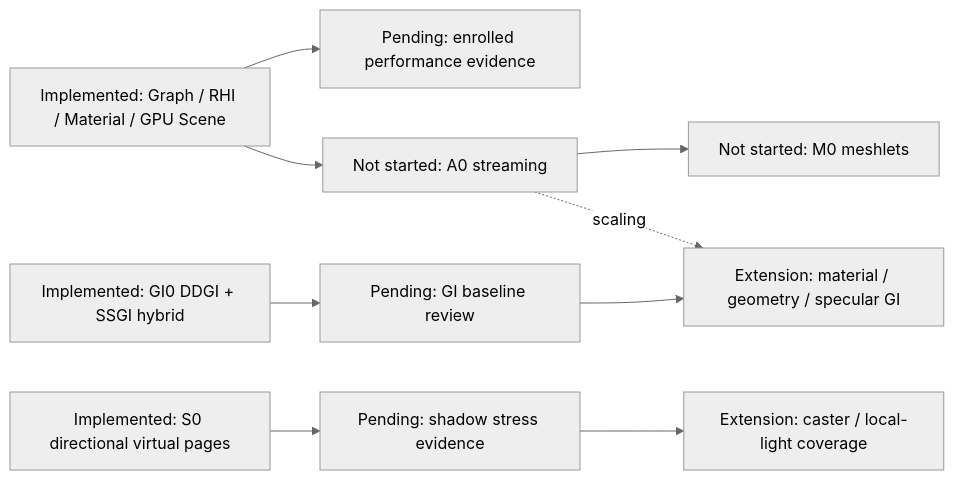
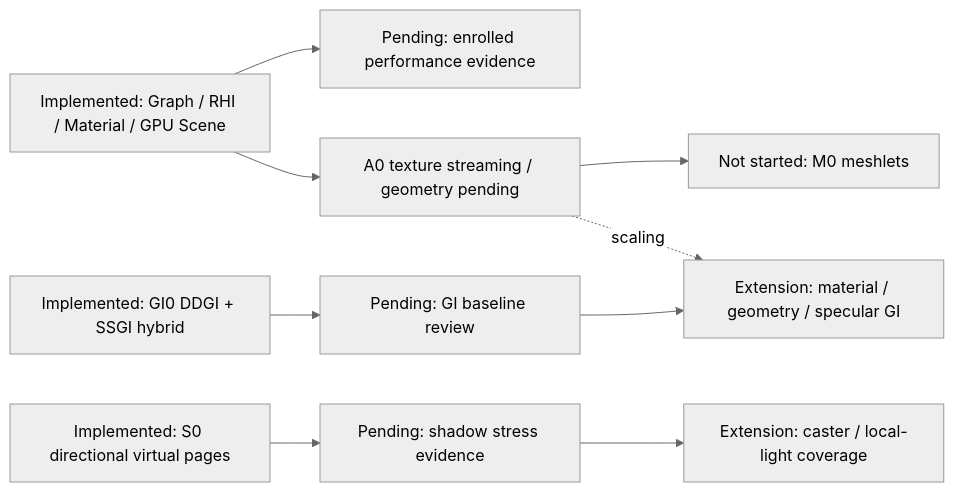
Before and after one commit to hiloteam/Hilo3d: the diagram in documentation/MODERN_WEBGPU_RENDERING_ROADMAP.md, drawn with Mermaid (neutral theme). The commit also changed other lines of this file and 65 other files, not shown here.

Commit message:
feat(assets): add bounded KTX2 texture streaming

````diff
--- a/documentation/MODERN_WEBGPU_RENDERING_ROADMAP.md
+++ b/documentation/MODERN_WEBGPU_RENDERING_ROADMAP.md
@@ -36,11 +36,11 @@
 ```mermaid
 flowchart LR
   CORE["Implemented: Graph / RHI / Material / GPU Scene"] --> PERF["Pending: enrolled performance evidence"]
-  CORE --> A["Not started: A0 streaming"]
+  CORE --> A["A0 texture streaming / geometry pending"]
   A --> M["Not started: M0 meshlets"]
   S["Implemented: S0 directional virtual pages"] --> SP["Pending: shadow stress evidence"]
   GI["Implemented: GI0 DDGI + SSGI hybrid"] --> GP["Pending: GI baseline review"]
   SP --> SX["Extension: caster / local-light coverage"]
   GP --> GX["Extension: material / geometry / specular GI"]
   A -. scaling .-> GX
 ```
````
